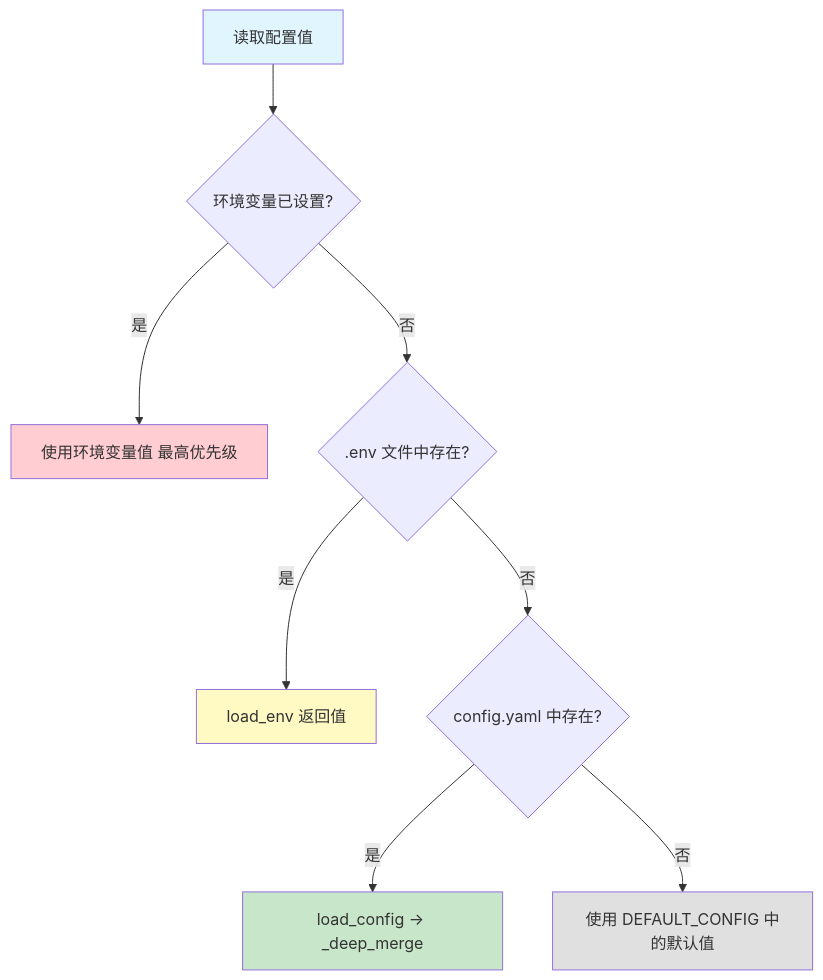
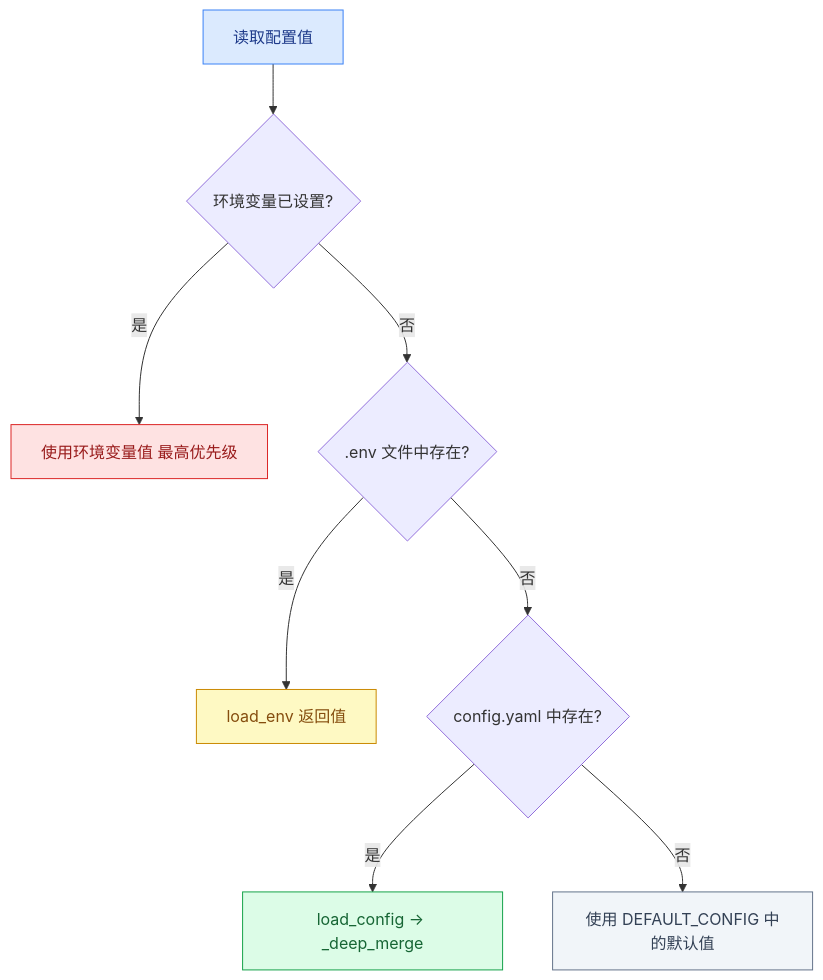
Before and after one commit to pty819/hermes-docs: the diagram in diagrams/config-resolution-priority.mmd, drawn with Mermaid. The commit also changed 27 other files, not shown here.

```diff
--- a/diagrams/config-resolution-priority.mmd
+++ b/diagrams/config-resolution-priority.mmd
@@ -1,17 +1,22 @@
 flowchart TD
     A[读取配置值] --> B{环境变量已设置?}
     B -->|是| C[使用环境变量值 最高优先级]
 
     B -->|否| D{.env 文件中存在?}
     D -->|是| E[load_env 返回值]
 
     D -->|否| F{config.yaml 中存在?}
     F -->|是| G[load_config → _deep_merge]
 
     F -->|否| H[使用 DEFAULT_CONFIG 中的默认值]
 
-    style A fill:#e1f5fe
-    style C fill:#ffcdd2
-    style E fill:#fff9c4
-    style G fill:#c8e6c9
-    style H fill:#e0e0e0
+    classDef start fill:#dbeafe,stroke:#3b82f6,color:#1e3a8a
+    classDef success fill:#dcfce7,stroke:#16a34a,color:#166534
+    classDef warn fill:#fef9c3,stroke:#ca8a04,color:#854d0e
+    classDef fail fill:#fee2e2,stroke:#dc2626,color:#991b1b
+    classDef info fill:#f1f5f9,stroke:#64748b,color:#334155
+    class A start
+    class C fail
+    class E warn
+    class G success
+    class H info
```
